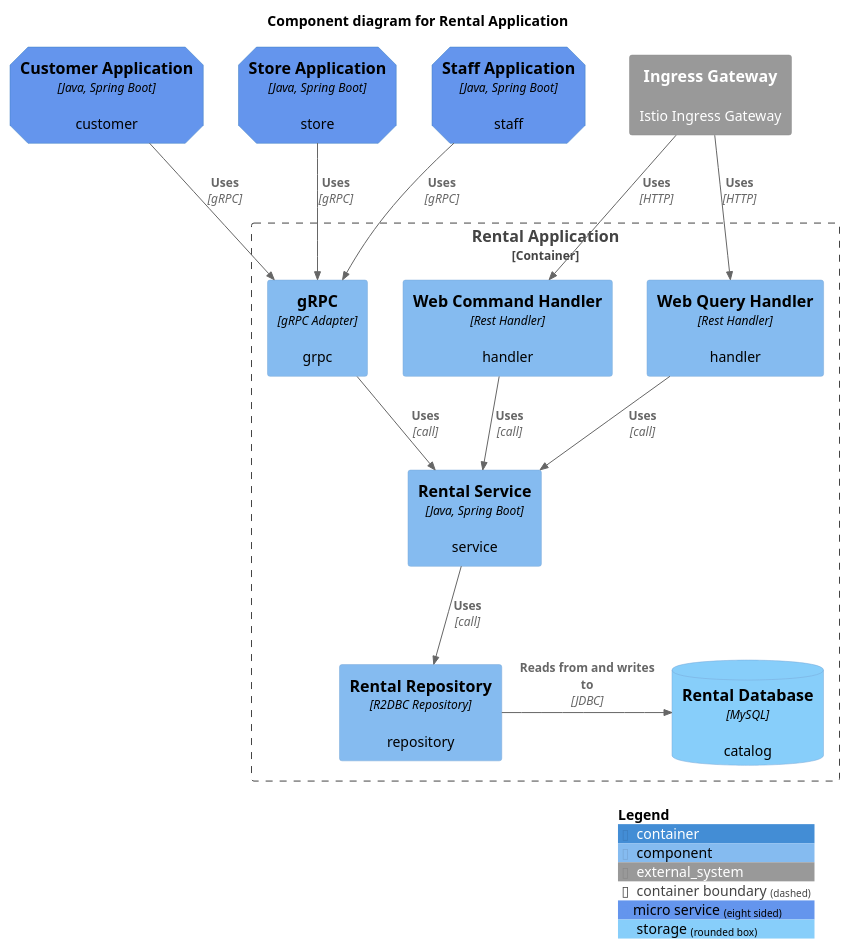
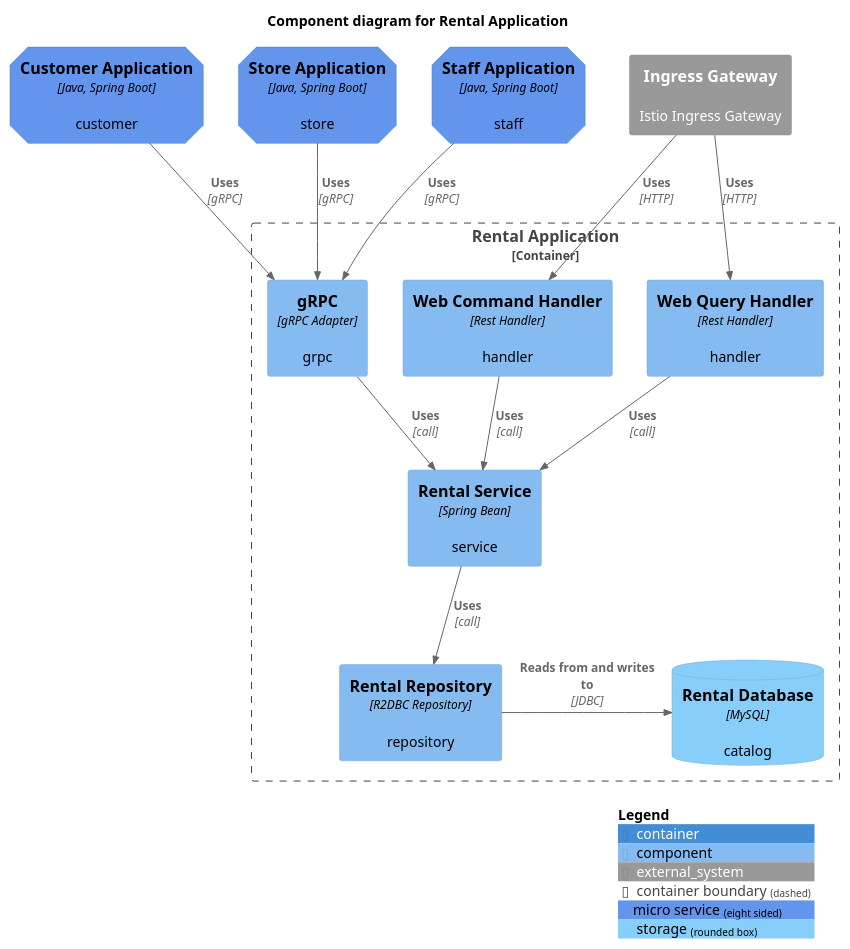
Before and after one commit to codejsha/sakila-microservices: the diagram in diagram/component/rental-application.puml, drawn with PlantUML. The commit also changed 12 other files, not shown here.

Commit message:
update diagrams

```diff
--- a/diagram/component/rental-application.puml
+++ b/diagram/component/rental-application.puml
@@ -1,36 +1,36 @@
 @startuml "rental-application"
 !include https://raw.githubusercontent.com/plantuml-stdlib/C4-PlantUML/master/C4_Component.puml
 
 AddElementTag("micro_service", $shape=EightSidedShape(), $bgColor="CornflowerBlue", $fontColor="black", $legendText="micro service\neight sided")
 AddElementTag("storage", $shape=RoundedBoxShape(), $bgColor="lightSkyBlue", $fontColor="black")
 
 title Component diagram for Rental Application
 
 Container(customer_app, "Customer Application", "Java, Spring Boot", "customer", $tags = "micro_service")
 Container(payment_app, "Store Application", "Java, Spring Boot", "store", $tags = "micro_service")
 Container(staff_app, "Staff Application", "Java, Spring Boot", "staff", $tags = "micro_service")
 System_Ext(ingress_gateway, "Ingress Gateway", "Istio Ingress Gateway")
 
 Container_Boundary(rental_app, "Rental Application") {
     Component(command_handler, "Web Command Handler", "Rest Handler", "handler")
     Component(query_handler, "Web Query Handler", "Rest Handler", "handler")
     Component(grpc, "gRPC", "gRPC Adapter", "grpc")
-    Component(rental_service, "Rental Service", "Java, Spring Boot", "service")
+    Component(rental_service, "Rental Service", "Spring Bean", "service")
     Component(rental_repository, "Rental Repository", "R2DBC Repository", "repository")
     ComponentDb(rental_db, "Rental Database", "MySQL", "catalog", $tags = "storage")
 
     Rel(command_handler, rental_service, "Uses", "call")
     Rel(query_handler, rental_service, "Uses", "call")
     Rel(rental_service, rental_repository, "Uses", "call")
     Rel(grpc, rental_service, "Uses", "call")
     Rel_R(rental_repository, rental_db, "Reads from and writes to", "JDBC")
 }
 
 Rel(customer_app, grpc, "Uses", "gRPC")
 Rel(payment_app, grpc, "Uses", "gRPC")
 Rel(staff_app, grpc, "Uses", "gRPC")
 Rel(ingress_gateway, command_handler, "Uses", "HTTP")
 Rel(ingress_gateway, query_handler, "Uses", "HTTP")
 
 SHOW_LEGEND()
 @enduml
```
